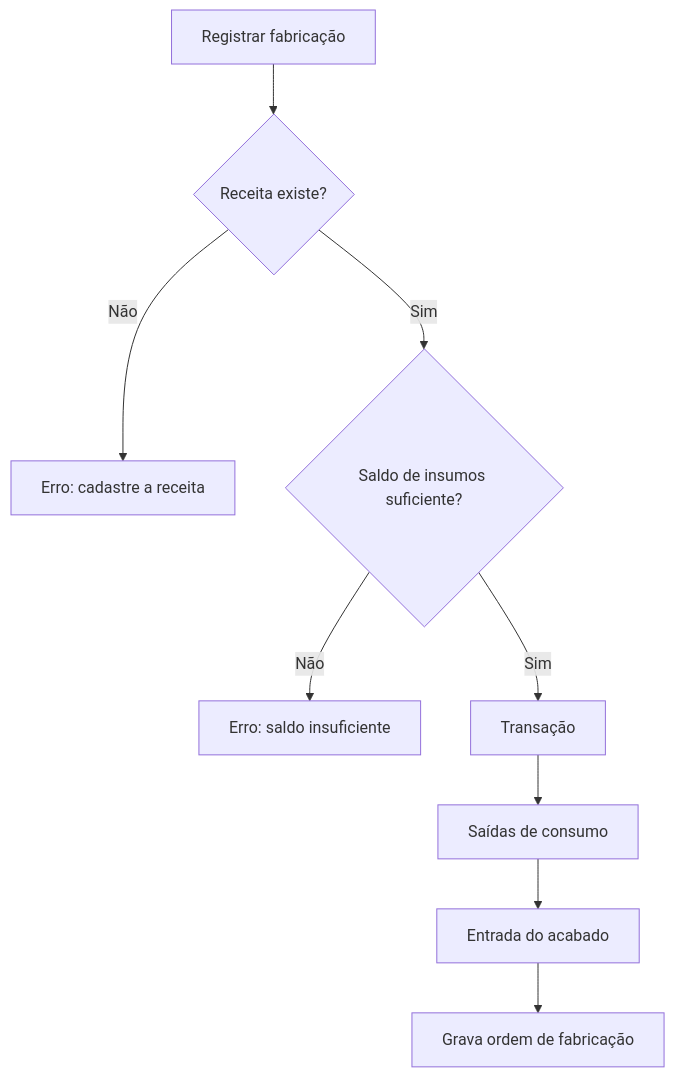
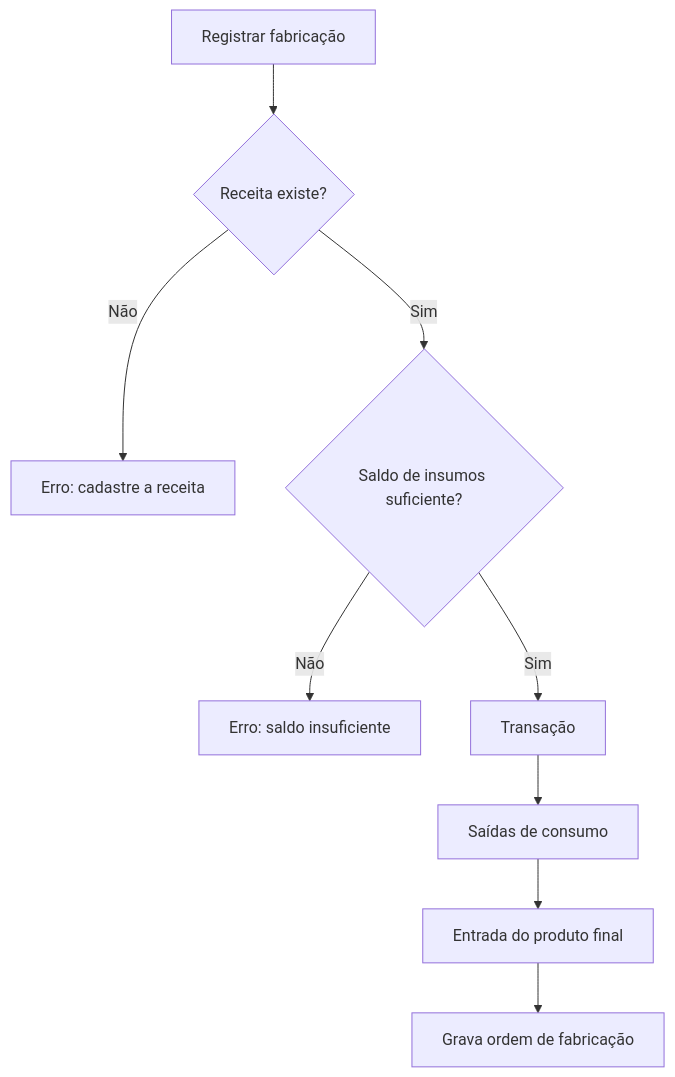
Before and after one commit to CunhaSilva-CCS/controleEstoque: the fourth of 4 diagrams in docs/FLUXOS.md, drawn with Mermaid. The commit also changed other lines of this file and 30 other files, not shown here.

````diff
--- a/docs/FLUXOS.md
+++ b/docs/FLUXOS.md
@@ -165,11 +165,11 @@
 ```mermaid
 flowchart TD
   A[Registrar fabricação] --> B{Receita existe?}
   B -->|Não| C[Erro: cadastre a receita]
   B -->|Sim| D{Saldo de insumos suficiente?}
   D -->|Não| E[Erro: saldo insuficiente]
   D -->|Sim| F[Transação]
   F --> G[Saídas de consumo]
-  G --> H[Entrada do acabado]
+  G --> H[Entrada do produto final]
   H --> I[Grava ordem de fabricação]
 ```
````
